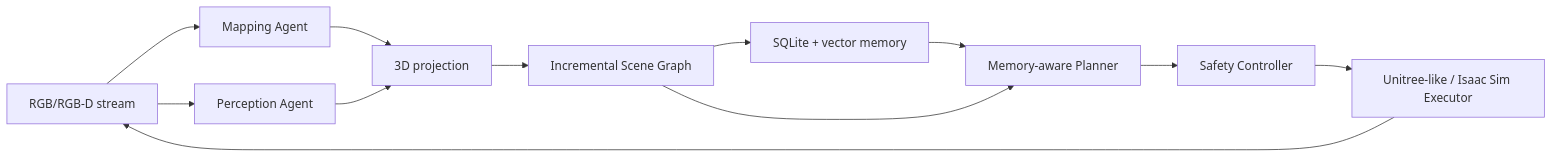
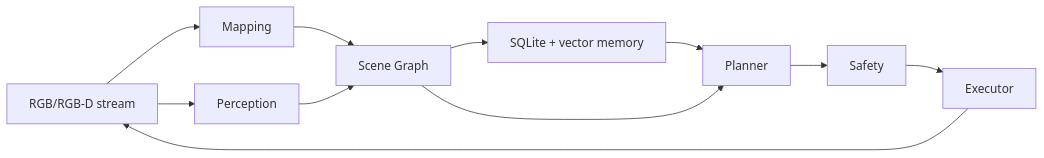
The diagram in README.md (DobricLilujun/AgenticMemoryNav), drawn with Mermaid before and after one commit. The commit also changed other lines of this file and 36 other files, not shown here.

````diff
--- a/README.md
+++ b/README.md
@@ -12,14 +11,13 @@
 ```mermaid
 flowchart LR
-		RGB[RGB/RGB-D stream] --> Map[Mapping Agent]
-		RGB --> Perception[Perception Agent]
-		Map --> Projection[3D projection]
-		Perception --> Projection
-		Projection --> Graph[Incremental Scene Graph]
-		Graph --> Memory[SQLite + vector memory]
-		Memory --> Planner[Memory-aware Planner]
-		Graph --> Planner
-		Planner --> Safety[Safety Controller]
-		Safety --> Executor[Unitree-like / Isaac Sim Executor]
-		Executor --> RGB
+    RGB[RGB/RGB-D stream] --> Map[Mapping]
+    RGB --> Perception[Perception]
+    Map --> Graph[Scene Graph]
+    Perception --> Graph
+    Graph --> Memory[SQLite + vector memory]
+    Memory --> Planner[Planner]
+    Graph --> Planner
+    Planner --> Safety[Safety]
+    Safety --> Executor[Executor]
+    Executor --> RGB
 ```
````
